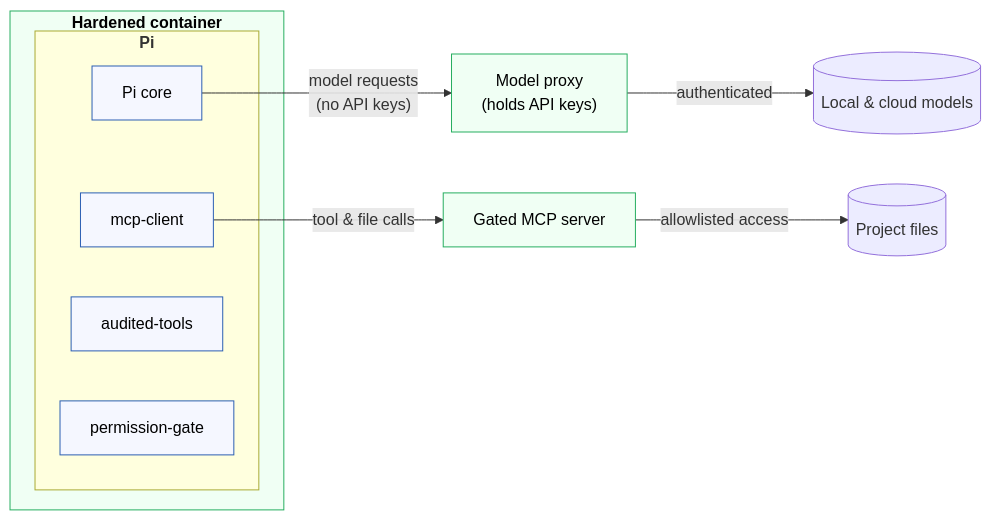
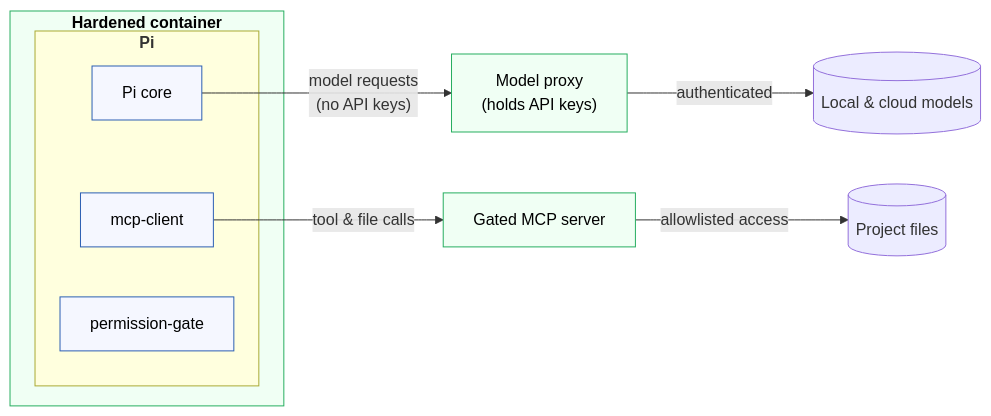
One commit to kieranpotts/genie changed the diagram in README.md. Above: the diagram before and after it, drawn with Mermaid. The commit also changed other lines of this file and 25 other files, not shown here.

First line of the commit message:
feature: remove audited tools extension

````diff
--- a/README.md
+++ b/README.md
@@ -65,26 +65,25 @@
 ```mermaid
 flowchart LR
   subgraph Container["<b>Hardened container</b>"]
     subgraph Pi["<b>Pi</b>"]
       Core["Pi core"]
       MC["mcp-client"]
-      AT["audited-tools"]
       PG["permission-gate"]
     end
   end
 
   MCP["Gated MCP server"]
   Proxy["Model proxy<br/>(holds API keys)"]
   FS[("Project files")]
   Models[("Local &amp; cloud models")]
 
   MC -->|"tool &amp; file calls"| MCP
   MCP -->|"allowlisted access"| FS
   Core -->|"model requests<br/>(no API keys)"| Proxy
   Proxy -->|"authenticated"| Models
 
   classDef guard fill:#f0fff4,stroke:#27ae60,color:#000;
   classDef agent fill:#f5f7ff,stroke:#2c5fb3,color:#000;
   class MCP,Proxy,Container guard;
-  class Core,MC,AT,PG agent;
+  class Core,MC,PG agent;
 ```
````
